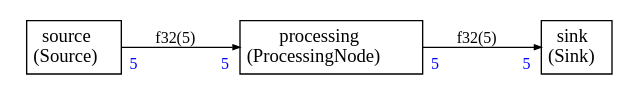
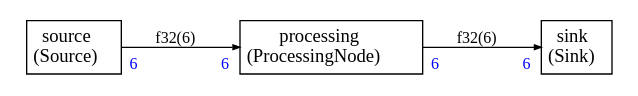
One commit to ARM-software/CMSIS-Stream changed the diagram in Examples/runtime_mode/runtime_mode.dot. Above: the diagram before and after it, drawn with Graphviz. The commit also changed 8 other files, not shown here.

```diff
--- a/Examples/runtime_mode/runtime_mode.dot
+++ b/Examples/runtime_mode/runtime_mode.dot
@@ -1,48 +1,48 @@
 
 
 
 
 digraph structs {
     bgcolor = "white"
     node [shape=plaintext,color="black",fontcolor="black",fontname="Times-Roman"]
     rankdir=LR
     edge [arrowsize="0.5",color="black",fontcolor="black",fontname="Times-Roman"]
 
 
 processing [label=<
 <TABLE color="black" bgcolor="none" BORDER="0" CELLBORDER="1" CELLSPACING="0" CELLPADDING="4">
   <TR>
     <TD ALIGN="CENTER" PORT="i"><FONT COLOR="black" POINT-SIZE="14.0">processing<BR/>(ProcessingNode)</FONT></TD>
   </TR>
 </TABLE>>];
 
 sink [label=<
 <TABLE color="black" bgcolor="none" BORDER="0" CELLBORDER="1" CELLSPACING="0" CELLPADDING="4">
   <TR>
     <TD ALIGN="CENTER" PORT="i"><FONT COLOR="black" POINT-SIZE="14.0">sink<BR/>(Sink)</FONT></TD>
   </TR>
 </TABLE>>];
 
 source [label=<
 <TABLE color="black" bgcolor="none" BORDER="0" CELLBORDER="1" CELLSPACING="0" CELLPADDING="4">
   <TR>
     <TD ALIGN="CENTER" PORT="i"><FONT COLOR="black" POINT-SIZE="14.0">source<BR/>(Source)</FONT></TD>
   </TR>
 </TABLE>>];
 
 
 
-source:i -> processing:i [style="solid",color="black",fontsize="12.0",fontcolor="black",label=<f32(5)>
-,headlabel=<<TABLE BORDER="0" CELLPADDING="4"><TR><TD><FONT COLOR="blue" POINT-SIZE="12.0" >5</FONT>
+source:i -> processing:i [style="solid",color="black",fontsize="12.0",fontcolor="black",label=<f32(6)>
+,headlabel=<<TABLE BORDER="0" CELLPADDING="4"><TR><TD><FONT COLOR="blue" POINT-SIZE="12.0" >6</FONT>
 </TD></TR></TABLE>>
-,taillabel=<<TABLE BORDER="0" CELLPADDING="4"><TR><TD><FONT COLOR="blue" POINT-SIZE="12.0" >5</FONT>
+,taillabel=<<TABLE BORDER="0" CELLPADDING="4"><TR><TD><FONT COLOR="blue" POINT-SIZE="12.0" >6</FONT>
 </TD></TR></TABLE>>]
 
-processing:i -> sink:i [style="solid",color="black",fontsize="12.0",fontcolor="black",label=<f32(5)>
-,headlabel=<<TABLE BORDER="0" CELLPADDING="4"><TR><TD><FONT COLOR="blue" POINT-SIZE="12.0" >5</FONT>
+processing:i -> sink:i [style="solid",color="black",fontsize="12.0",fontcolor="black",label=<f32(6)>
+,headlabel=<<TABLE BORDER="0" CELLPADDING="4"><TR><TD><FONT COLOR="blue" POINT-SIZE="12.0" >6</FONT>
 </TD></TR></TABLE>>
-,taillabel=<<TABLE BORDER="0" CELLPADDING="4"><TR><TD><FONT COLOR="blue" POINT-SIZE="12.0" >5</FONT>
+,taillabel=<<TABLE BORDER="0" CELLPADDING="4"><TR><TD><FONT COLOR="blue" POINT-SIZE="12.0" >6</FONT>
 </TD></TR></TABLE>>]
 
 
 }
```
